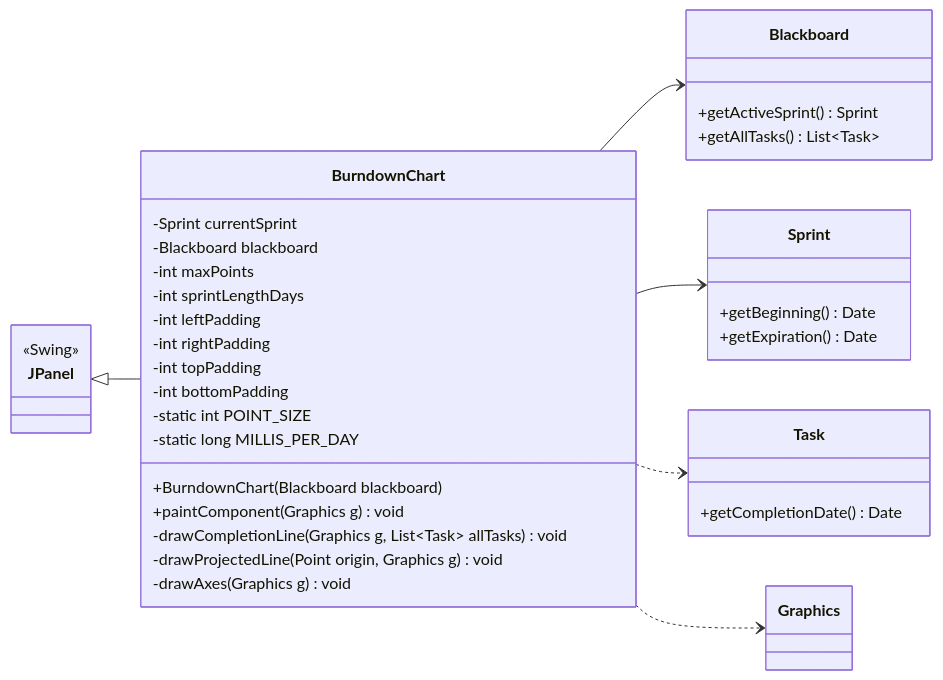
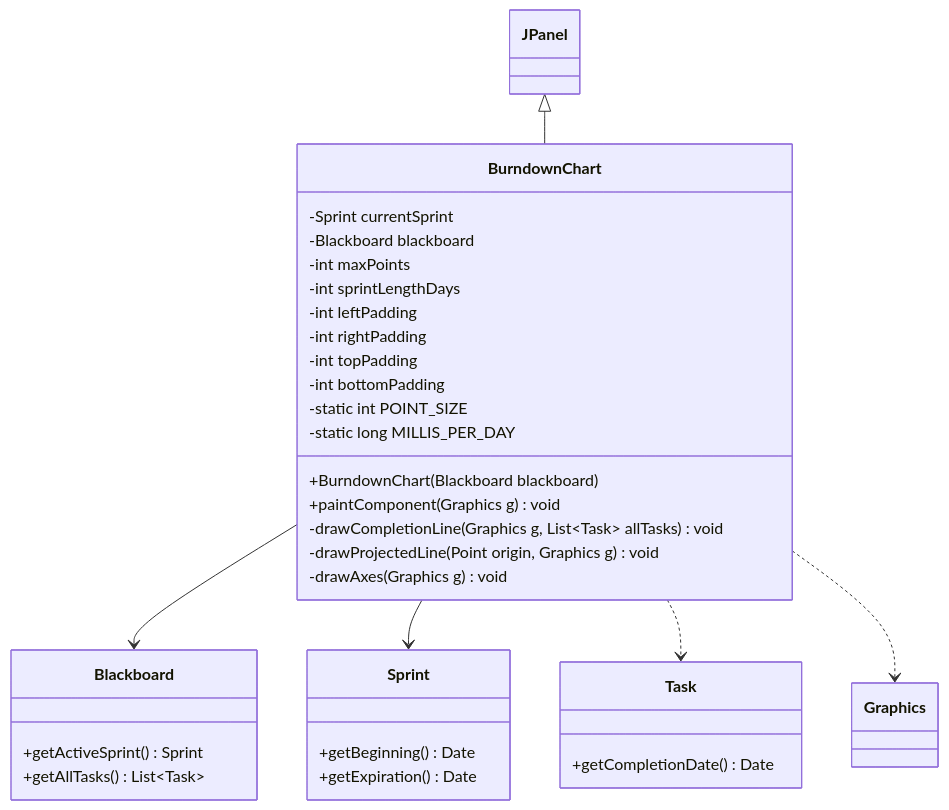
One commit to CSC307-W26/taigastudio-refactoring-super-awesome-team-name changed the diagram in README.md. Above: the diagram before and after it, drawn with Mermaid.

Commit message:
Update class diagram in README.md
Remove direction from class diagram and Swing notation from JPanel class.

````diff
--- a/README.md
+++ b/README.md
@@ -3,47 +3,45 @@
 ```mermaid
 classDiagram
-direction LR
 
 class JPanel {
-  <<Swing>>
 }
 
 class BurndownChart {
   -Sprint currentSprint
   -Blackboard blackboard
   -int maxPoints
   -int sprintLengthDays
   -int leftPadding
   -int rightPadding
   -int topPadding
   -int bottomPadding
   -static int POINT_SIZE
   -static long MILLIS_PER_DAY
   +BurndownChart(Blackboard blackboard)
   +paintComponent(Graphics g) void
   -drawCompletionLine(Graphics g, List~Task~ allTasks) void
   -drawProjectedLine(Point origin, Graphics g) void
   -drawAxes(Graphics g) void
 }
 
 class Blackboard {
   +getActiveSprint() Sprint
   +getAllTasks() List~Task~
 }
 
 class Sprint {
   +getBeginning() Date
   +getExpiration() Date
 }
 
 class Task {
   +getCompletionDate() Date
 }
 
 JPanel <|-- BurndownChart
 BurndownChart --> Blackboard 
 BurndownChart --> Sprint 
 BurndownChart ..> Task 
 BurndownChart ..> Graphics
 
 ```
````
